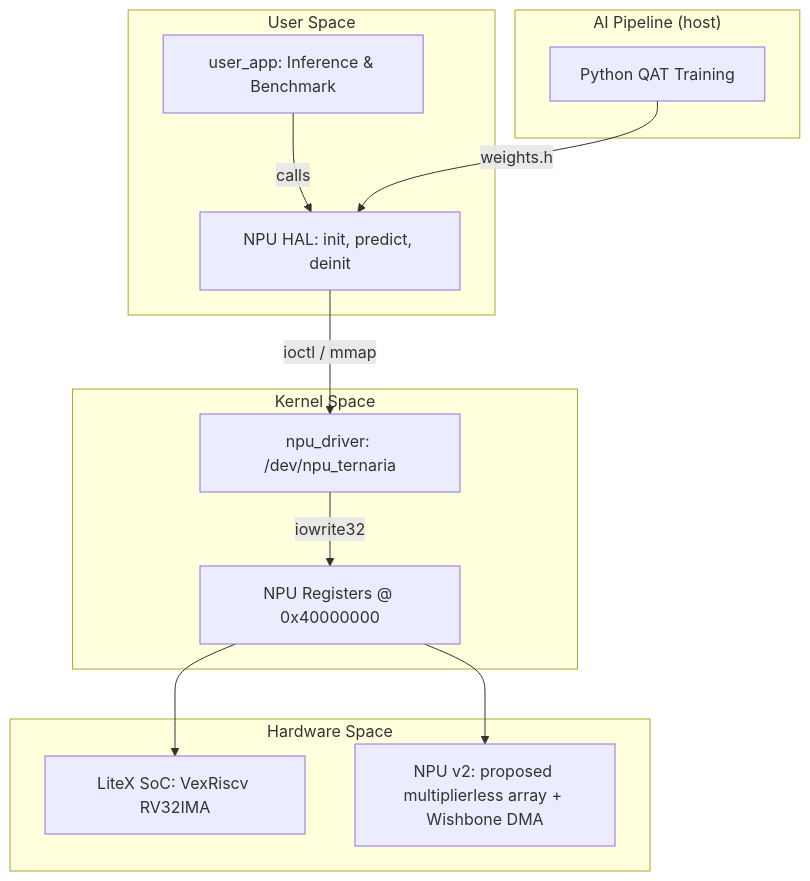
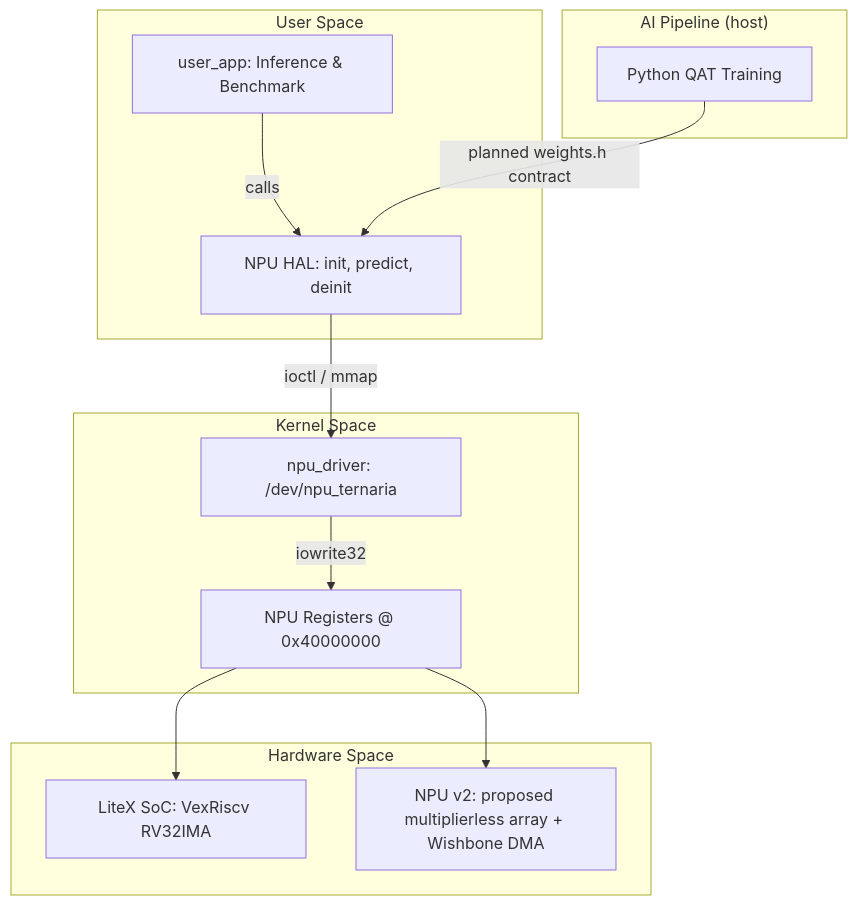
The diagram in README.md (arthur-og/TernaryEdge-RV), drawn with Mermaid before and after one commit. The commit also changed other lines of this file and 1 other file, not shown here.

````diff
--- a/README.md
+++ b/README.md
@@ -39,20 +39,20 @@
 ```mermaid
 graph TD
     subgraph UserSpace ["User Space"]
         A[user_app: Inference & Benchmark]
         B[NPU HAL: init, predict, deinit]
         A -->|calls| B
     end
     subgraph KernelSpace ["Kernel Space"]
         C[npu_driver: /dev/npu_ternaria]
         B -->|ioctl / mmap| C
         C -->|iowrite32| D[NPU Registers @ 0x40000000]
     end
     subgraph HardwareSpace ["Hardware Space"]
         D --> E[LiteX SoC: VexRiscv RV32IMA]
         D --> F[NPU v2: proposed multiplierless array + Wishbone DMA]
     end
     subgraph AIPipeline ["AI Pipeline (host)"]
-        G[Python QAT Training] -->|weights.h| B
+        G[Python QAT Training] -->|planned weights.h contract| B
     end
 ```
````
